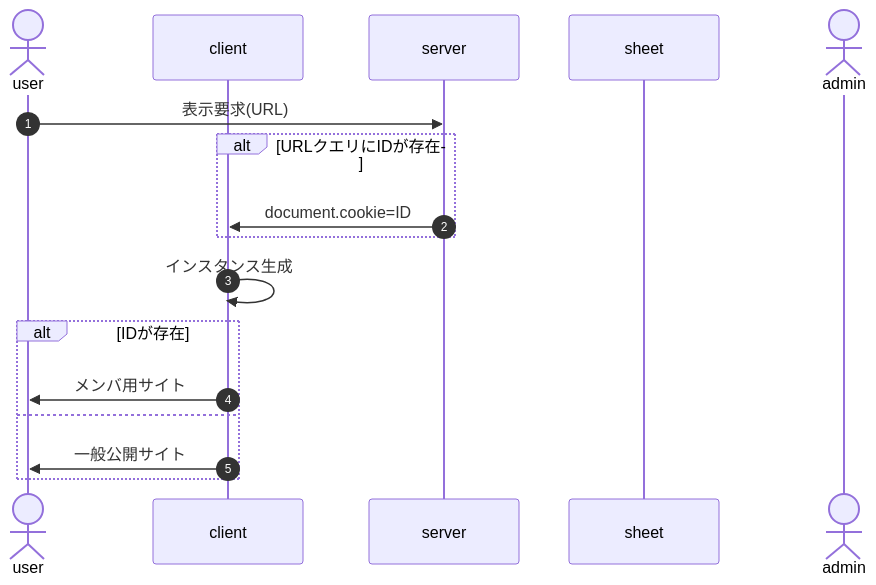
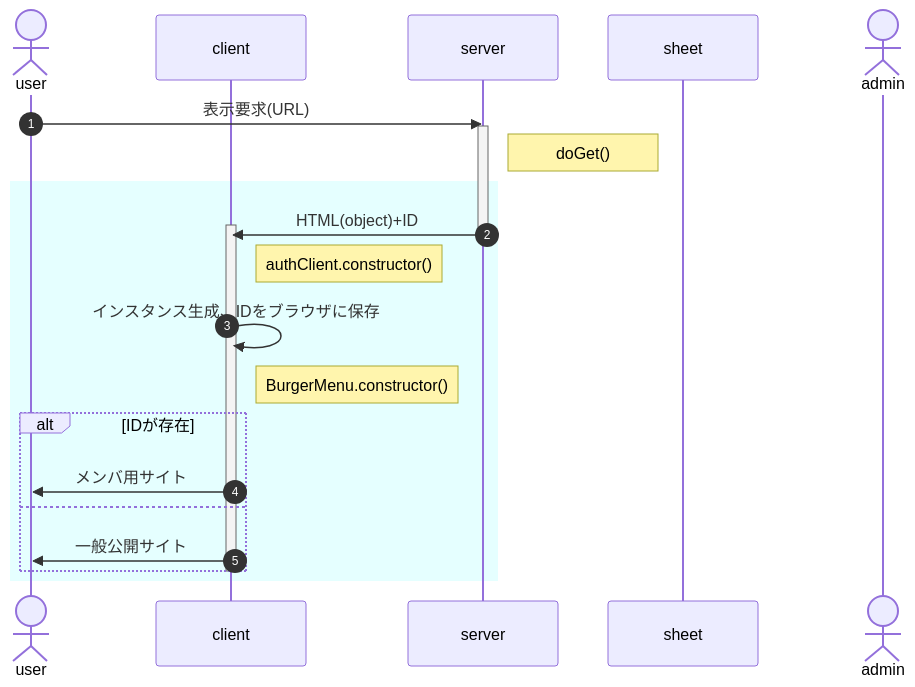
Before and after one commit to nakaone/library: the diagram in Auth/2.0.0/doc/onload.md, drawn with Mermaid. The commit also changed other lines of this file and 5 other files, not shown here.

````diff
--- a/Auth/2.0.0/doc/onload.md
+++ b/Auth/2.0.0/doc/onload.md
@@ -3,20 +3,27 @@
 ```mermaid
 sequenceDiagram
   autonumber
   actor user
   participant client
   participant server
   participant sheet
   actor admin
 
   user ->> server : 表示要求(URL)
-  alt URLクエリにIDが存在
-    server ->> client : document.cookie=ID
-  end
-  client ->> client : インスタンス生成
-  alt IDが存在
-    client ->> user : メンバ用サイト
-  else
-    client ->> user : 一般公開サイト
+  activate server
+  Note right of server : doGet()
+  rect rgba(0, 255, 255, 0.1)
+    server ->> client : HTML(object)+ID
+    activate client
+    deactivate server
+    Note right of client : authClient.constructor()
+    client ->> client : インスタンス生成、IDをブラウザに保存
+    Note right of client : BurgerMenu.constructor()
+    alt IDが存在
+      client ->> user : メンバ用サイト
+    else
+      client ->> user : 一般公開サイト
+    end
+    deactivate client
   end
 ```
````
